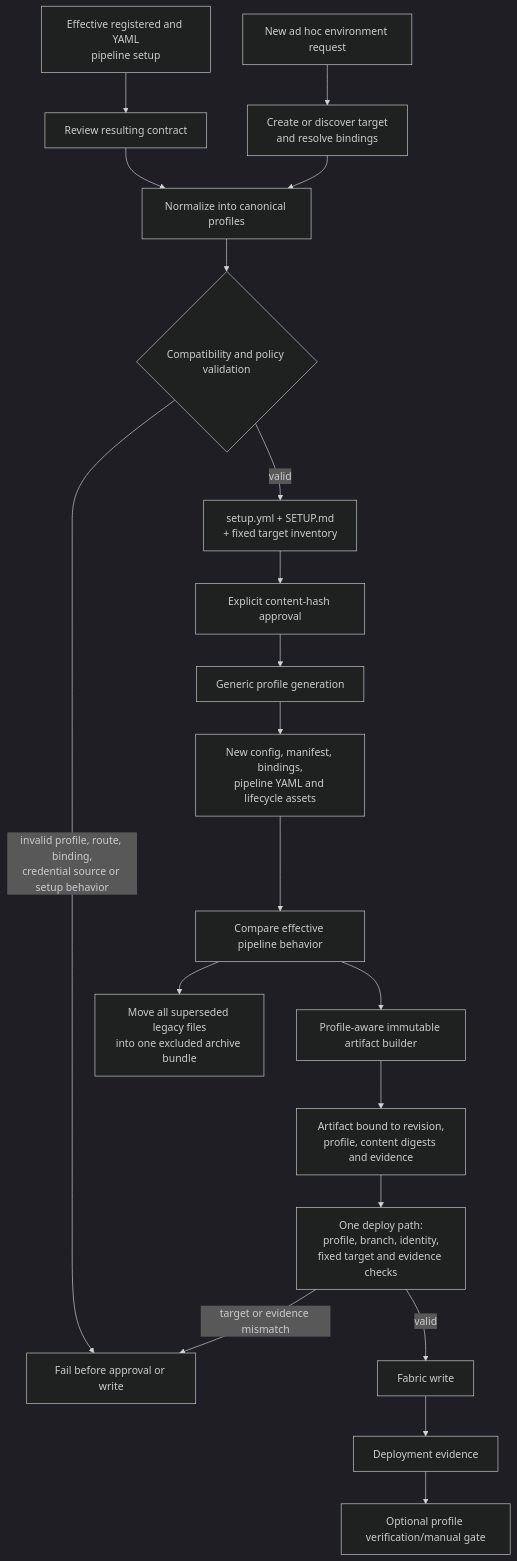
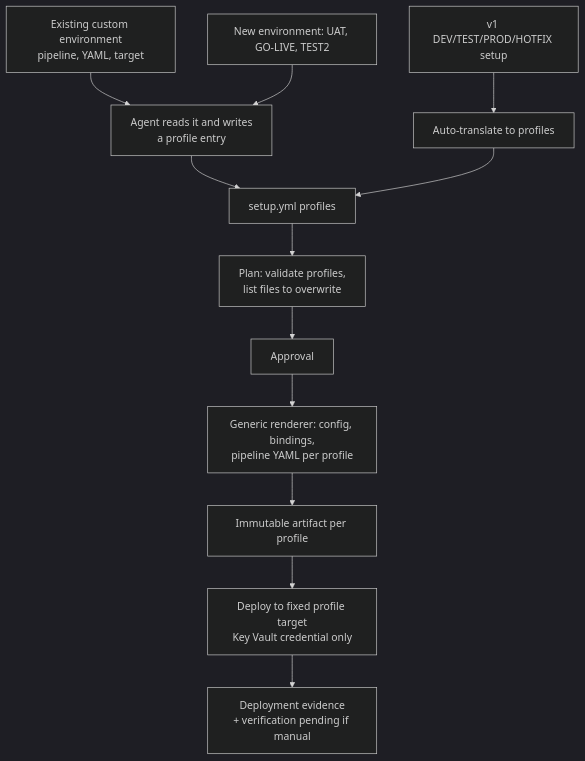
The diagram in openspec/changes/configure-fabric-cicd-environment-profiles/design.md (YuriChadour/powerbi-agentic-plugins), drawn with Mermaid (dark theme) before and after one commit. The commit also changed other lines of this file and 3 other files, not shown here.

Commit message:
FIN-2060: Slim configure-fabric-cicd-environment-profiles to config-driven profiles

````diff
--- a/openspec/changes/configure-fabric-cicd-environment-profiles/design.md
+++ b/openspec/changes/configure-fabric-cicd-environment-profiles/design.md
@@ -30,22 +19,14 @@
 ```mermaid
 flowchart TD
-    L[Effective registered and YAML<br/>pipeline setup] --> I[Review resulting contract]
-    N[New ad hoc environment request] --> R[Create or discover target<br/>and resolve bindings]
-    I --> P[Normalize into canonical profiles]
-    R --> P
-    P --> V{Compatibility and policy validation}
-    V -->|invalid profile, route, binding,<br/>credential source or setup behavior| F[Fail before approval or write]
-    V -->|valid| S[setup.yml + SETUP.md<br/>+ fixed target inventory]
-    S --> A[Explicit content-hash approval]
-    A --> G[Generic profile generation]
-    G --> M[New config, manifest, bindings,<br/>pipeline YAML and lifecycle assets]
-    M --> C[Compare effective pipeline behavior]
-    C --> B[Profile-aware immutable artifact builder]
-    B --> D[Artifact bound to revision,<br/>profile, content digests and evidence]
-    D --> X[One deploy path:<br/>profile, branch, identity,<br/>fixed target and evidence checks]
-    C --> A1[Move all superseded legacy files<br/>into one excluded archive bundle]
-    X -->|valid| Q[Fabric write]
-    X -->|target or evidence mismatch| F
-    Q --> E[Deployment evidence]
-    E --> H[Optional profile verification/manual gate]
+    E[Existing custom environment<br/>pipeline, YAML, target] --> AG[Agent reads it and writes<br/>a profile entry]
+    N[New environment: UAT, GO-LIVE, TEST2] --> AG
+    V1[v1 DEV/TEST/PROD/HOTFIX setup] --> T[Auto-translate to profiles]
+    AG --> S[setup.yml profiles]
+    T --> S
+    S --> P[Plan: validate profiles,<br/>list files to overwrite]
+    P --> A[Approval]
+    A --> G[Generic renderer: config, bindings,<br/>pipeline YAML per profile]
+    G --> B[Immutable artifact per profile]
+    B --> D[Deploy to fixed profile target<br/>Key Vault credential only]
+    D --> EV[Deployment evidence<br/>+ verification pending if manual]
 ```
````
